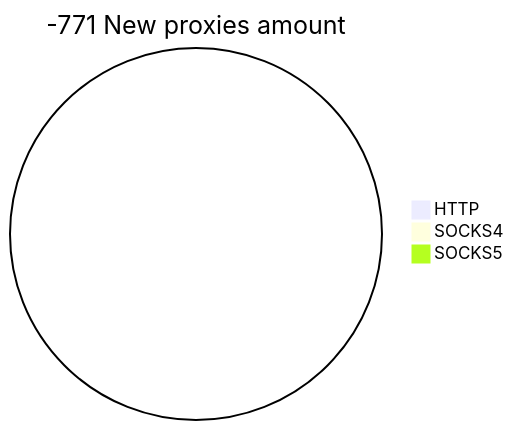
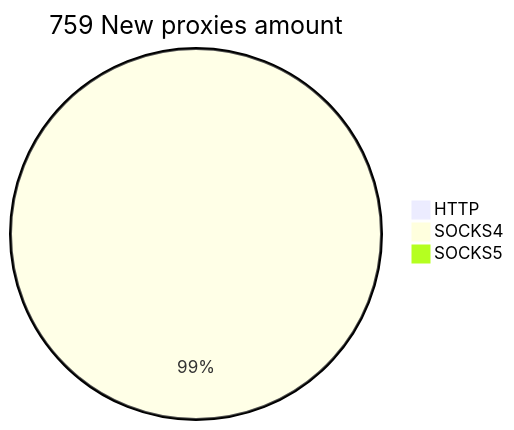
The second of 2 diagrams in README.md (cutipu/proxylist), drawn with Mermaid before and after one commit. The commit also changed other lines of this file, not shown here.

````diff
--- a/README.md
+++ b/README.md
@@ -10,6 +10,6 @@
 ```mermaid
-pie title -771 New proxies amount
-    "HTTP" : 0
-    "SOCKS4" : 0
+pie title 759 New proxies amount
+    "HTTP" : 7
+    "SOCKS4" : 752
     "SOCKS5" : 0
 ```
````
